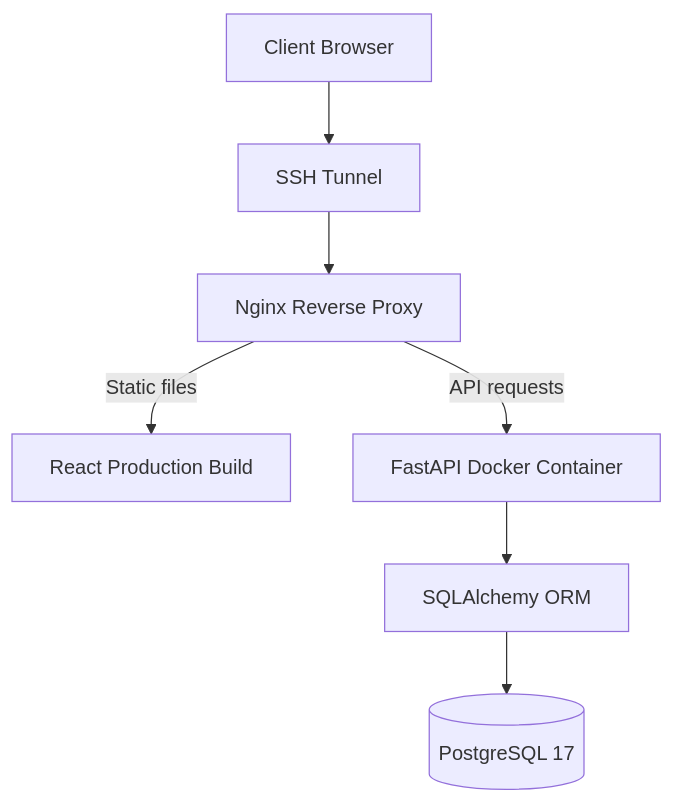
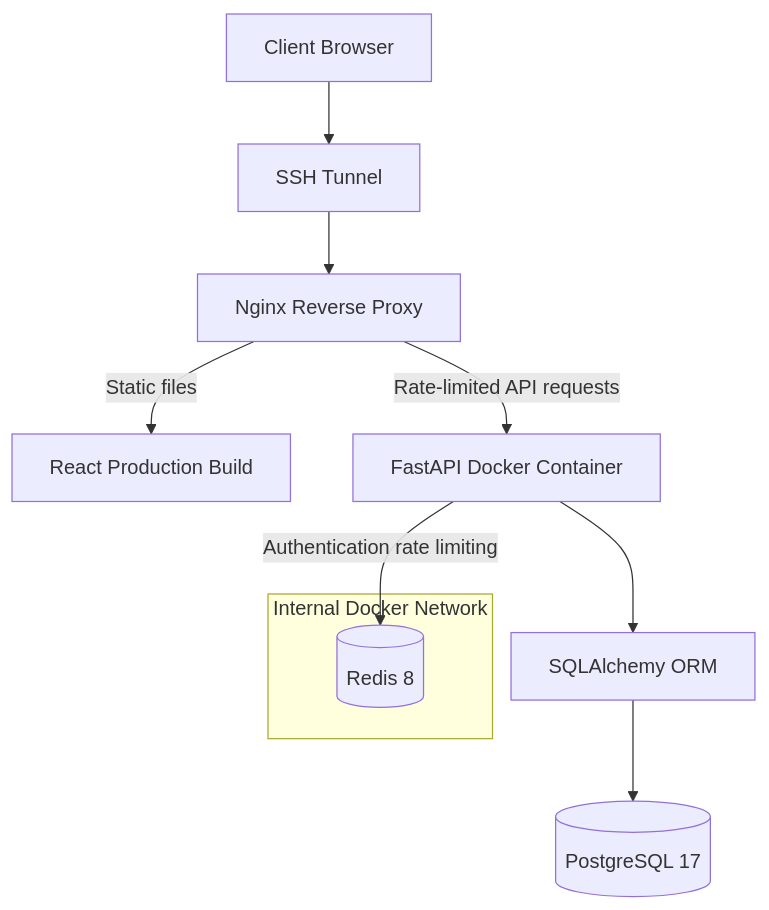
One commit to ozdereomer/LabManager changed the first of 2 diagrams in README.md. Above: the diagram before and after it, drawn with Mermaid. The commit also changed other lines of this file and 27 other files, not shown here.

First line of the commit message:
Add Redis-backed authentication rate limiting and Nginx traffic protection

````diff
--- a/README.md
+++ b/README.md
@@ -98,9 +108,13 @@
 ```mermaid
 flowchart TD
     A[Client Browser] --> B[SSH Tunnel]
     B --> C[Nginx Reverse Proxy]
     C -->|Static files| D[React Production Build]
-    C -->|API requests| E[FastAPI Docker Container]
+    C -->|Rate-limited API requests| E[FastAPI Docker Container]
     E --> F[SQLAlchemy ORM]
     F --> G[(PostgreSQL 17)]
+    E -->|Authentication rate limiting| H[(Redis 8)]
+    subgraph Internal Docker Network
+        H
+    end
 ```
````
